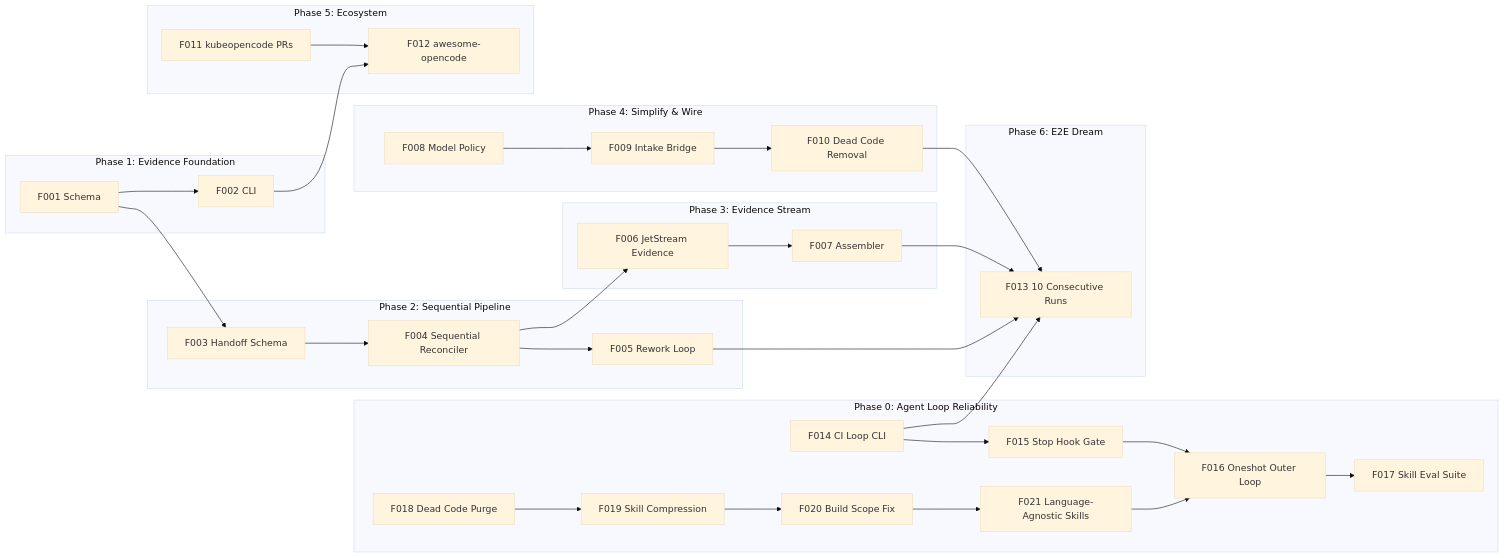
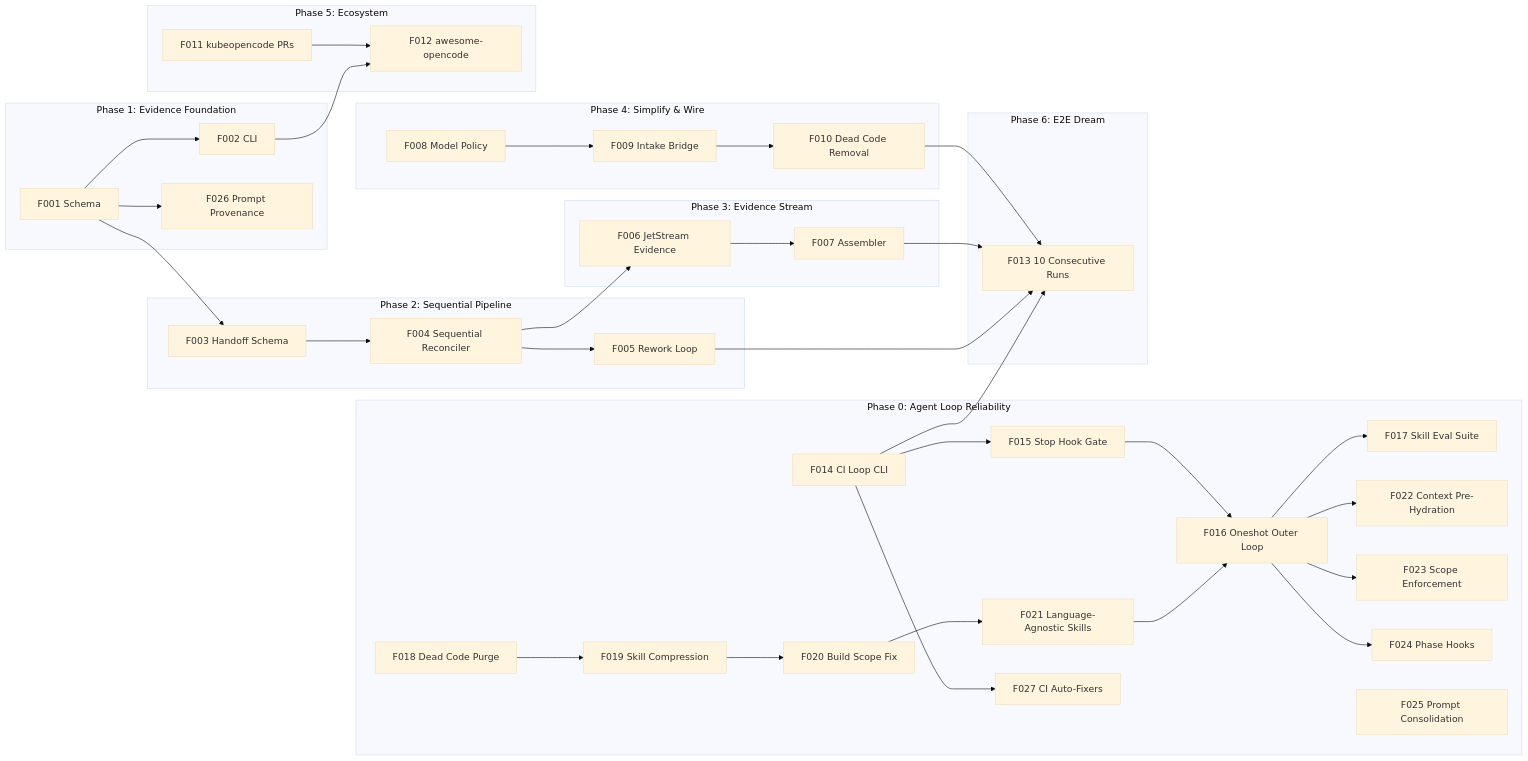
One commit to fall-out-bug/sdp_lab changed the diagram in docs/roadmap/ROADMAP.md. Above: the diagram before and after it, drawn with Mermaid (base theme). The commit also changed other lines of this file and 11 other files, not shown here.

First line of the commit message:
docs: Stripe Minions analysis, prompt provenance design, roadmap F022-F027

````diff
--- a/docs/roadmap/ROADMAP.md
+++ b/docs/roadmap/ROADMAP.md
@@ -14,60 +15,71 @@
 ```mermaid
 graph LR
     subgraph p0 ["Phase 0: Agent Loop Reliability"]
         F014["F014 CI Loop CLI"]
         F015["F015 Stop Hook Gate"]
         F016["F016 Oneshot Outer Loop"]
         F017["F017 Skill Eval Suite"]
         F018["F018 Dead Code Purge"]
         F019["F019 Skill Compression"]
         F020["F020 Build Scope Fix"]
         F021["F021 Language-Agnostic Skills"]
+        F022["F022 Context Pre-Hydration"]
+        F023["F023 Scope Enforcement"]
+        F024["F024 Phase Hooks"]
+        F025["F025 Prompt Consolidation"]
+        F027["F027 CI Auto-Fixers"]
     end
     subgraph p1 ["Phase 1: Evidence Foundation"]
         F001["F001 Schema"]
         F002["F002 CLI"]
+        F026["F026 Prompt Provenance"]
     end
     subgraph p2 ["Phase 2: Sequential Pipeline"]
         F003["F003 Handoff Schema"]
         F004["F004 Sequential Reconciler"]
         F005["F005 Rework Loop"]
     end
     subgraph p3 ["Phase 3: Evidence Stream"]
         F006["F006 JetStream Evidence"]
         F007["F007 Assembler"]
     end
     subgraph p4 ["Phase 4: Simplify & Wire"]
         F008["F008 Model Policy"]
         F009["F009 Intake Bridge"]
         F010["F010 Dead Code Removal"]
     end
     subgraph p5 ["Phase 5: Ecosystem"]
         F011["F011 kubeopencode PRs"]
         F012["F012 awesome-opencode"]
     end
     subgraph p6 ["Phase 6: E2E Dream"]
         F013["F013 10 Consecutive Runs"]
     end
 
     F018 --> F019
     F019 --> F020
     F020 --> F021
     F021 --> F016
     F014 --> F015
     F015 --> F016
     F016 --> F017
+    F016 --> F022
+    F016 --> F023
+    F016 --> F024
     F014 --> F013
+    F014 --> F027
     F001 --> F002
+    F001 --> F026
     F001 --> F003
     F002 --> F012
     F003 --> F004
     F004 --> F005
     F004 --> F006
     F006 --> F007
     F005 --> F013
     F007 --> F013
     F008 --> F009
     F009 --> F010
     F010 --> F013
     F011 --> F012
 ```
````
